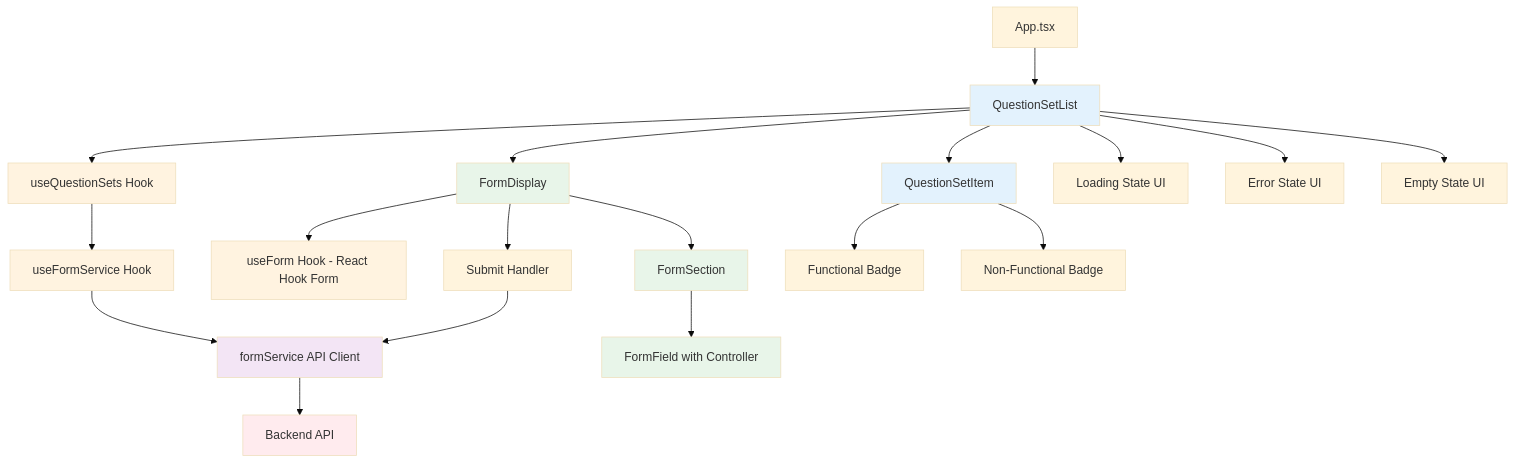
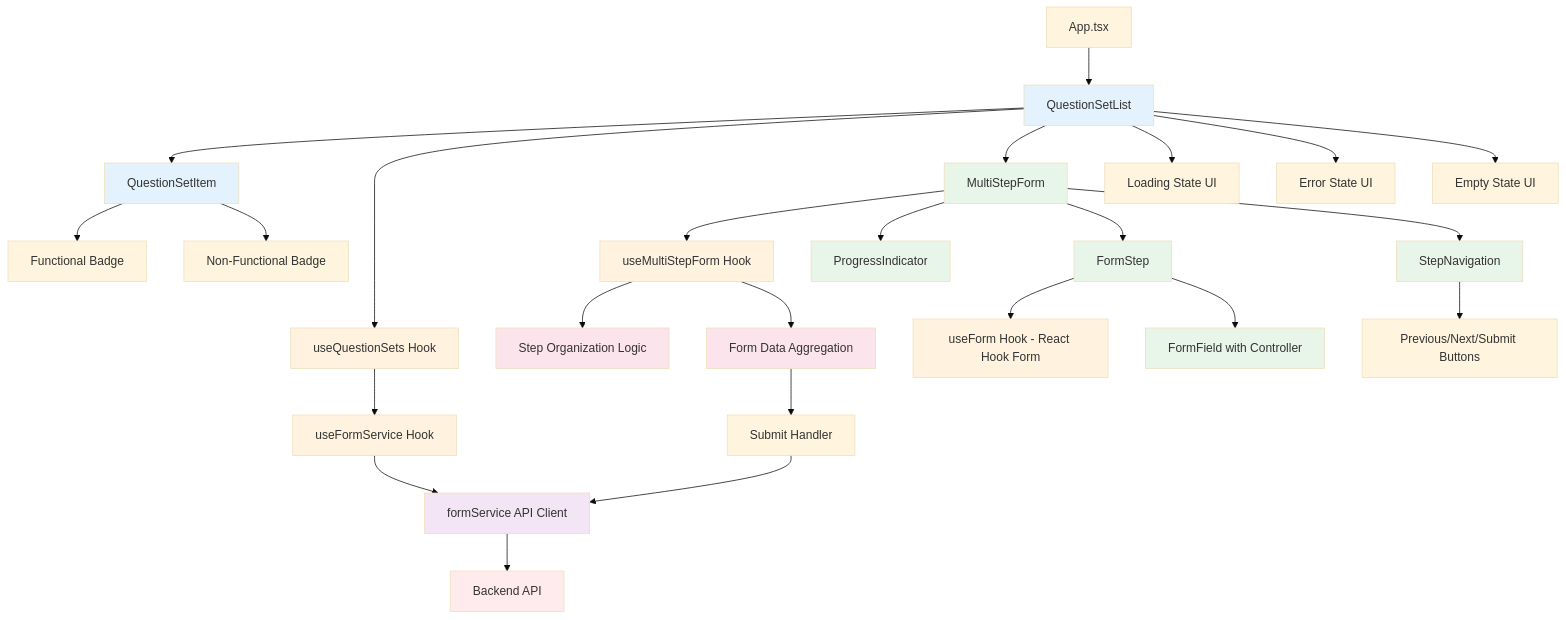
The diagram in .spec-workflow/specs/question-set-list-ui/design.md (buisihung11/spec-kit-starter), drawn with Mermaid (base theme) before and after one commit. The commit also changed other lines of this file and 8 other files, not shown here.

````diff
--- a/.spec-workflow/specs/question-set-list-ui/design.md
+++ b/.spec-workflow/specs/question-set-list-ui/design.md
@@ -129,34 +154,46 @@
 ```mermaid
 graph TD
     A[App.tsx] --> B[QuestionSetList]
     B --> C[QuestionSetItem]
     B --> D[useQuestionSets Hook]
     D --> E[useFormService Hook]
     E --> F[formService API Client]
     F --> G[Backend API]
     
-    B --> M[FormDisplay]
-    M --> N[useForm Hook - React Hook Form]
-    M --> O[FormSection]
-    O --> P[FormField with Controller]
-    M --> Q[Submit Handler]
-    Q --> F
+    B --> M[MultiStepForm]
+    M --> N[useMultiStepForm Hook]
+    N --> O[Step Organization Logic]
+    M --> P[ProgressIndicator]
+    M --> Q[FormStep]
+    Q --> R[useForm Hook - React Hook Form]
+    Q --> S[FormField with Controller]
+    M --> T[StepNavigation]
+    T --> U[Previous/Next/Submit Buttons]
+    
+    N --> V[Form Data Aggregation]
+    V --> W[Submit Handler]
+    W --> F
     
     B --> H[Loading State UI]
     B --> I[Error State UI]
     B --> J[Empty State UI]
     
     C --> K[Functional Badge]
     C --> L[Non-Functional Badge]
     
     style B fill:#e3f2fd
     style C fill:#e3f2fd
     style M fill:#e8f5e9
-    style O fill:#e8f5e9
+    style Q fill:#e8f5e9
     style P fill:#e8f5e9
+    style T fill:#e8f5e9
+    style S fill:#e8f5e9
     style D fill:#fff3e0
     style E fill:#fff3e0
     style N fill:#fff3e0
+    style R fill:#fff3e0
     style F fill:#f3e5f5
     style G fill:#ffebee
+    style O fill:#fce4ec
+    style V fill:#fce4ec
 ```
````
